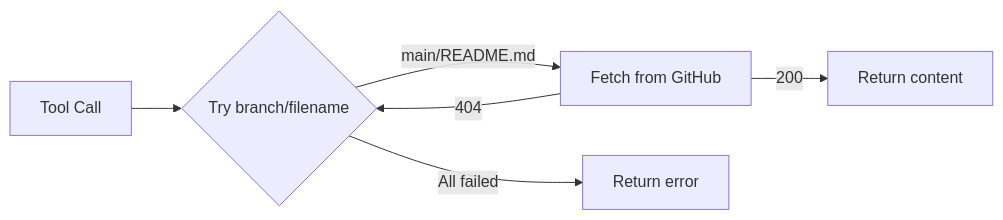
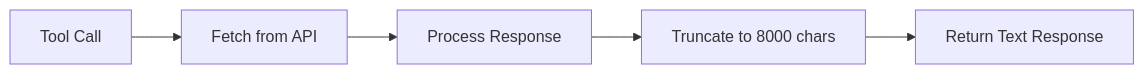
Before and after one commit to ATakaSKY/learn-mcp: the third of 4 diagrams in ARCHITECTURE.md, drawn with Mermaid. The commit also changed other lines of this file and 8 other files, not shown here.

````diff
--- a/ARCHITECTURE.md
+++ b/ARCHITECTURE.md
@@ -113,8 +99,7 @@
 ```mermaid
 flowchart LR
-    A[Tool Call] --> B{Try branch/filename}
-    B -->|main/README.md| C[Fetch from GitHub]
-    C -->|404| B
-    C -->|200| D[Return content]
-    B -->|All failed| E[Return error]
+    A[Tool Call] --> B[Fetch from API]
+    B --> C[Process Response]
+    C --> D[Truncate to 8000 chars]
+    D --> E[Return Text Response]
 ```
````
